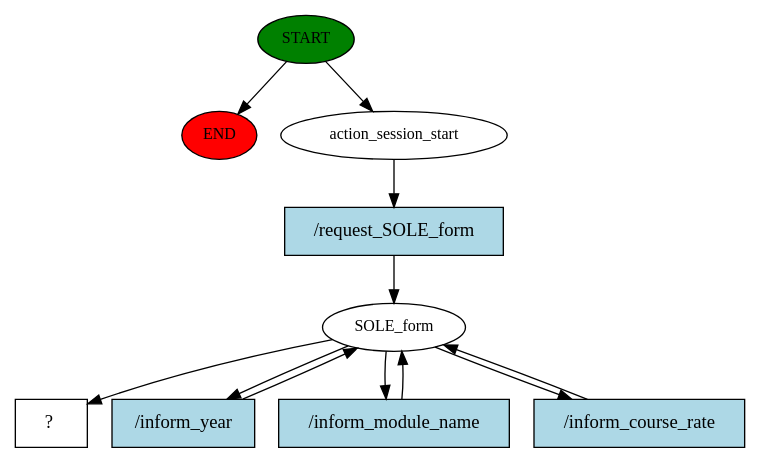
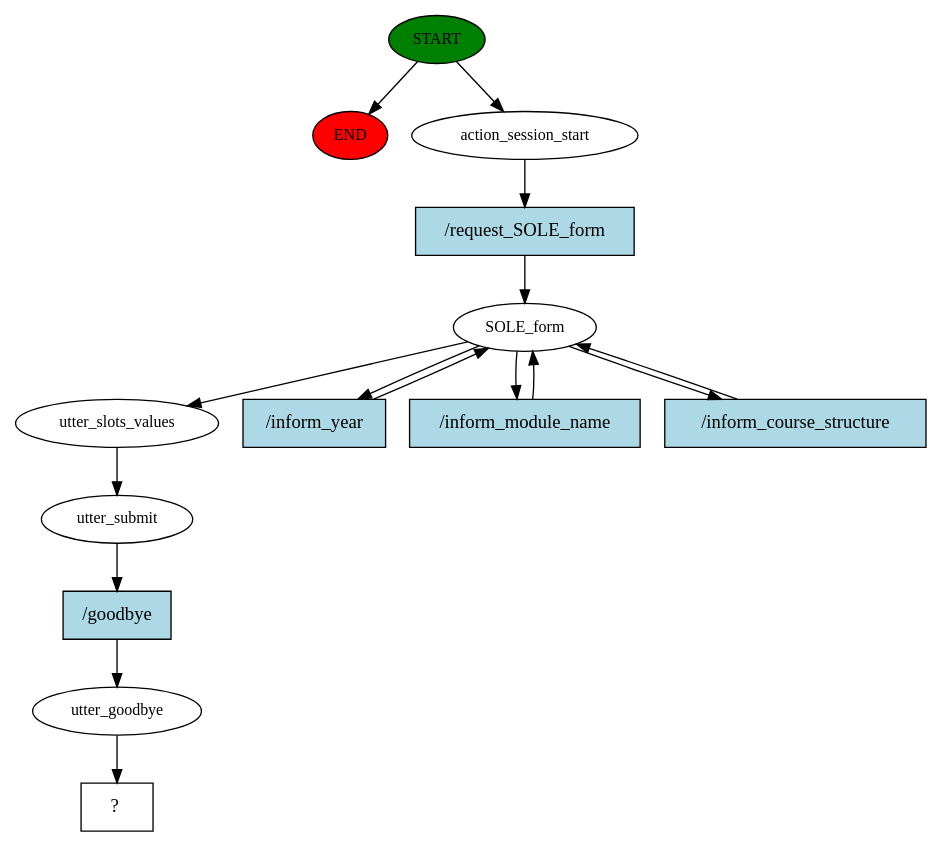
One commit to hkl19/Rasa-Surveybot1 changed the diagram in FYP/story_graph.dot. Above: the diagram before and after it, drawn with Graphviz. The commit also changed 138 other files, not shown here.

```diff
--- a/FYP/story_graph.dot
+++ b/FYP/story_graph.dot
@@ -1,22 +1,30 @@
 digraph  {
 0 [class="start active", fillcolor=green, fontsize=12, label=START, style=filled];
 "-1" [class=end, fillcolor=red, fontsize=12, label=END, style=filled];
 1 [class=active, fontsize=12, label=action_session_start];
 2 [class=active, fontsize=12, label=SOLE_form];
-6 [class="intent dashed active", label="  ?  ", shape=rect];
-7 [class="intent active", fillcolor=lightblue, label="/request_SOLE_form", shape=rect, style=filled];
-8 [class="intent active", fillcolor=lightblue, label="/inform_year", shape=rect, style=filled];
-9 [class="intent active", fillcolor=lightblue, label="/inform_module_name", shape=rect, style=filled];
-10 [class="intent active", fillcolor=lightblue, label="/inform_course_rate", shape=rect, style=filled];
+7 [class=active, fontsize=12, label=utter_slots_values];
+8 [class=active, fontsize=12, label=utter_submit];
+9 [class=active, fontsize=12, label=utter_goodbye];
+10 [class="intent dashed active", label="  ?  ", shape=rect];
+11 [class="intent active", fillcolor=lightblue, label="/request_SOLE_form", shape=rect, style=filled];
+12 [class="intent active", fillcolor=lightblue, label="/inform_year", shape=rect, style=filled];
+13 [class="intent active", fillcolor=lightblue, label="/inform_module_name", shape=rect, style=filled];
+14 [class="intent active", fillcolor=lightblue, label="/inform_course_structure", shape=rect, style=filled];
+15 [class="intent active", fillcolor=lightblue, label="/goodbye", shape=rect, style=filled];
 0 -> "-1"  [class="", key=NONE, label=""];
 0 -> 1  [class=active, key=NONE, label=""];
-1 -> 7  [class=active, key=0];
-2 -> 6  [class=active, key=NONE, label=""];
-2 -> 8  [class=active, key=0];
-2 -> 9  [class=active, key=0];
-2 -> 10  [class=active, key=0];
-7 -> 2  [class=active, key=0];
-8 -> 2  [class=active, key=0];
-9 -> 2  [class=active, key=0];
-10 -> 2  [class=active, key=0];
+1 -> 11  [class=active, key=0];
+2 -> 7  [class=active, key=NONE, label=""];
+2 -> 12  [class=active, key=0];
+2 -> 13  [class=active, key=0];
+2 -> 14  [class=active, key=0];
+7 -> 8  [class=active, key=NONE, label=""];
+8 -> 15  [class=active, key=0];
+9 -> 10  [class=active, key=NONE, label=""];
+11 -> 2  [class=active, key=0];
+12 -> 2  [class=active, key=0];
+13 -> 2  [class=active, key=0];
+14 -> 2  [class=active, key=0];
+15 -> 9  [class=active, key=0];
 }
```
